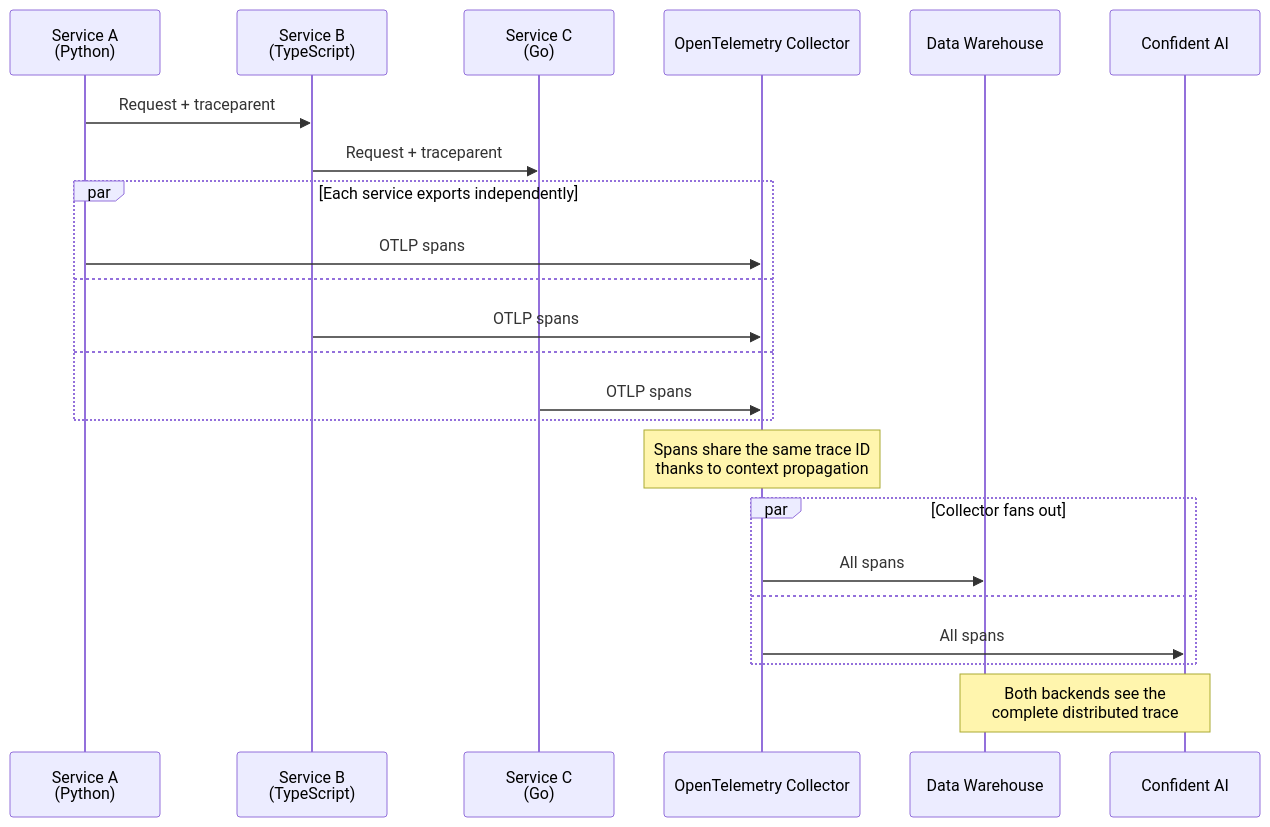
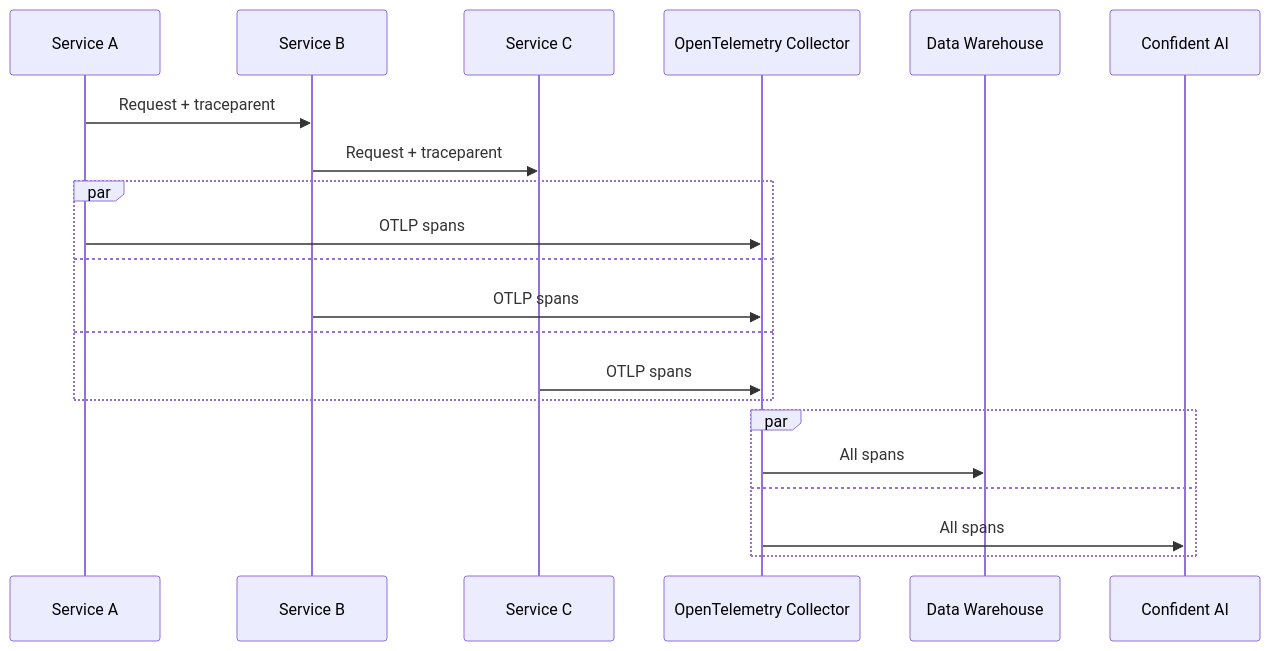
One commit to confident-ai/confident-docs changed the third of 3 diagrams in fern/docs/pages/integrations/opentelemetry/trace-broadcasting.mdx. Above: the diagram before and after it, drawn with Mermaid. The commit also changed other lines of this file, not shown here.

````diff
--- a/fern/docs/pages/integrations/opentelemetry/trace-broadcasting.mdx
+++ b/fern/docs/pages/integrations/opentelemetry/trace-broadcasting.mdx
@@ -702,30 +317,26 @@
 ```mermaid
 sequenceDiagram
-    participant ServiceA as Service A<br/>(Python)
-    participant ServiceB as Service B<br/>(TypeScript)
-    participant ServiceC as Service C<br/>(Go)
+    participant ServiceA as Service A
+    participant ServiceB as Service B
+    participant ServiceC as Service C
     participant Collector as OpenTelemetry Collector
     participant Warehouse as Data Warehouse
     participant Confident as Confident AI
 
     ServiceA->>ServiceB: Request + traceparent
     ServiceB->>ServiceC: Request + traceparent
 
-    par Each service exports independently
+    par
         ServiceA->>Collector: OTLP spans
     and
         ServiceB->>Collector: OTLP spans
     and
         ServiceC->>Collector: OTLP spans
     end
 
-    Note over Collector: Spans share the same trace ID<br/>thanks to context propagation
-
-    par Collector fans out
+    par
         Collector->>Warehouse: All spans
     and
         Collector->>Confident: All spans
     end
-
-    Note over Warehouse,Confident: Both backends see the<br/>complete distributed trace
 ```
````
